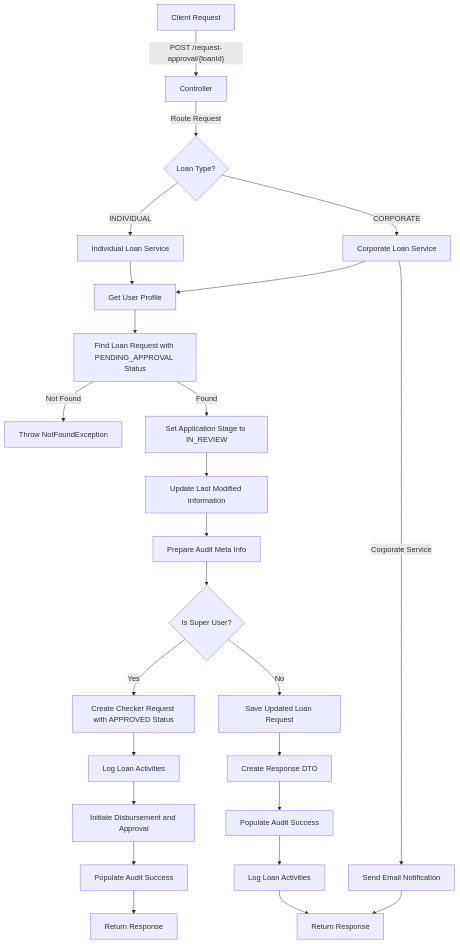
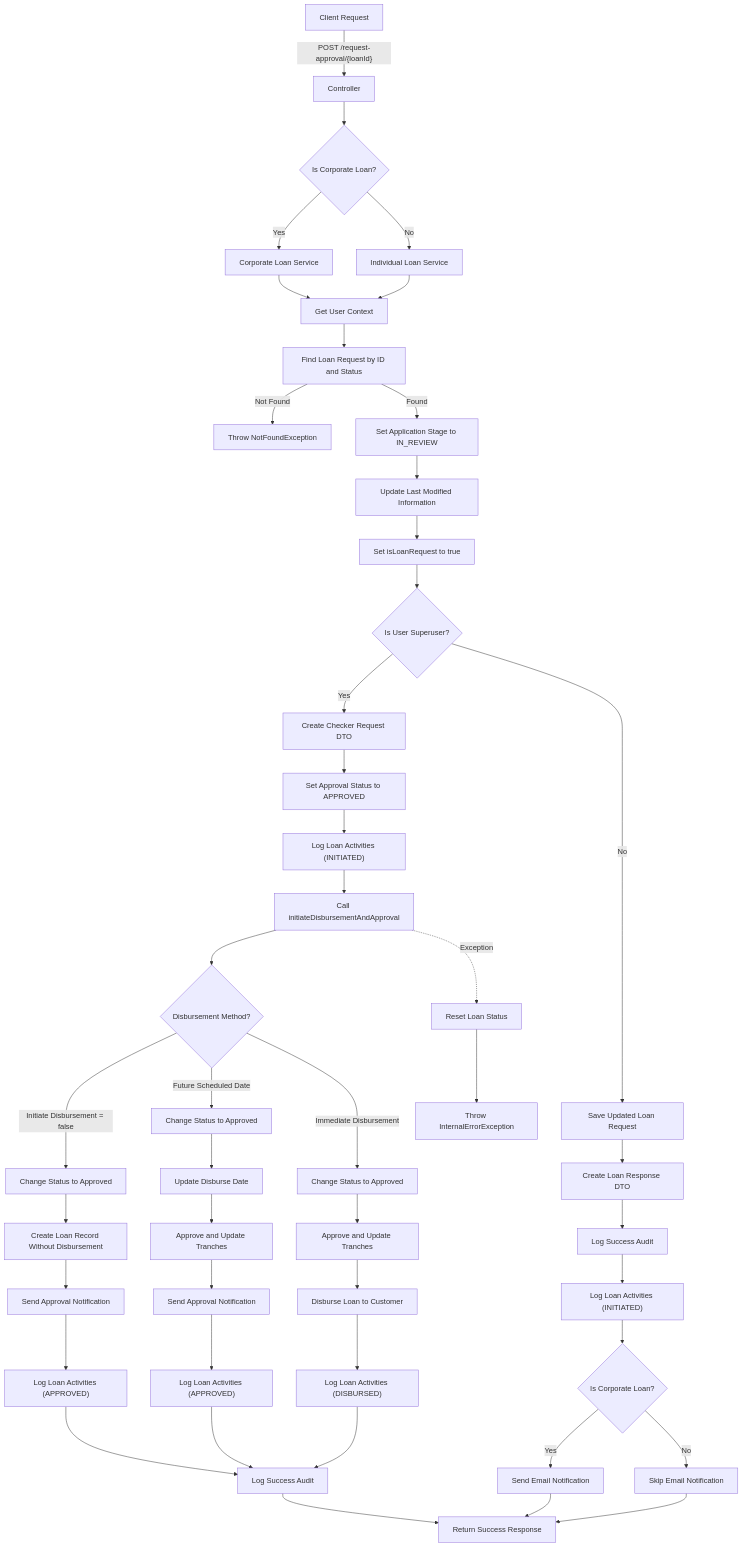
Before and after one commit to Senjonnes/loan-booking-micorservice: the second of 2 diagrams in loan-approval.md, drawn with Mermaid. The commit also changed other lines of this file and 1 other file, not shown here.

````diff
--- a/loan-approval.md
+++ b/loan-approval.md
@@ -135,38 +289,69 @@
 ```mermaid
-
 graph TD
     A["Client Request"] -->|"POST /request-approval/{loanId}"| B["Controller"]
-    B -->|"Route Request"| C{"Loan Type?"}
 
-    C -->|"CORPORATE"| D["Corporate Loan Service"]
-    C -->|"INDIVIDUAL"| E["Individual Loan Service"]
+    B --> C{"Is Corporate Loan?"}
 
-    D --> F["Get User Profile"]
-    E --> F
+    C -->|"Yes"| D["Corporate Loan Service"]
+    C -->|"No"| E["Individual Loan Service"]
 
-    F --> G["Find Loan Request with PENDING_APPROVAL Status"]
+    D & E --> F["Get User Context"]
+
+    F --> G["Find Loan Request by ID and Status"]
+
     G -->|"Not Found"| H["Throw NotFoundException"]
+
     G -->|"Found"| I["Set Application Stage to IN_REVIEW"]
 
     I --> J["Update Last Modified Information"]
-    J --> K["Prepare Audit Meta Info"]
 
-    K --> L{"Is Super User?"}
+    J --> K["Set isLoanRequest to true"]
 
-    L -->|"Yes"| M["Create Checker Request with APPROVED Status"]
-    M --> N["Log Loan Activities"]
-    N --> O["Initiate Disbursement and Approval"]
-    O --> P["Populate Audit Success"]
-    P --> Q["Return Response"]
+    K --> L{"Is User Superuser?"}
 
-    L -->|"No"| R["Save Updated Loan Request"]
-    R --> S["Create Response DTO"]
-    S --> T["Populate Audit Success"]
+    L -->|"Yes"| M["Create Checker Request DTO"]
+    M --> N["Set Approval Status to APPROVED"]
+    N --> O["Log Loan Activities (INITIATED)"]
+    O --> P["Call initiateDisbursementAndApproval"]
 
-    T --> U["Log Loan Activities"]
+    P --> Q{"Disbursement Method?"}
 
-    D -->|"Corporate Service"| V["Send Email Notification"]
-    V --> W["Return Response"]
+    Q -->|"Initiate Disbursement = false"| R["Change Status to Approved"]
+    R --> S["Create Loan Record Without Disbursement"]
+    S --> T["Send Approval Notification"]
+    T --> U["Log Loan Activities (APPROVED)"]
 
-    U --> W
+    Q -->|"Future Scheduled Date"| V["Change Status to Approved"]
+    V --> W["Update Disburse Date"]
+    W --> X["Approve and Update Tranches"]
+    X --> Y["Send Approval Notification"]
+    Y --> Z["Log Loan Activities (APPROVED)"]
+
+    Q -->|"Immediate Disbursement"| AA["Change Status to Approved"]
+    AA --> AB["Approve and Update Tranches"]
+    AB --> AC["Disburse Loan to Customer"]
+    AC --> AD["Log Loan Activities (DISBURSED)"]
+
+    U & Z & AD --> AE["Log Success Audit"]
+
+    L -->|"No"| AF["Save Updated Loan Request"]
+
+    AF --> AG["Create Loan Response DTO"]
+
+    AG --> AH["Log Success Audit"]
+
+    AH --> AI["Log Loan Activities (INITIATED)"]
+
+    AI --> AJ{"Is Corporate Loan?"}
+
+    AJ -->|"Yes"| AK["Send Email Notification"]
+
+    AJ -->|"No"| AL["Skip Email Notification"]
+
+    AK & AL --> AM["Return Success Response"]
+
+    AE --> AM
+
+    P -.->|"Exception"| AN["Reset Loan Status"]
+    AN --> AO["Throw InternalErrorException"]
 ```
````
